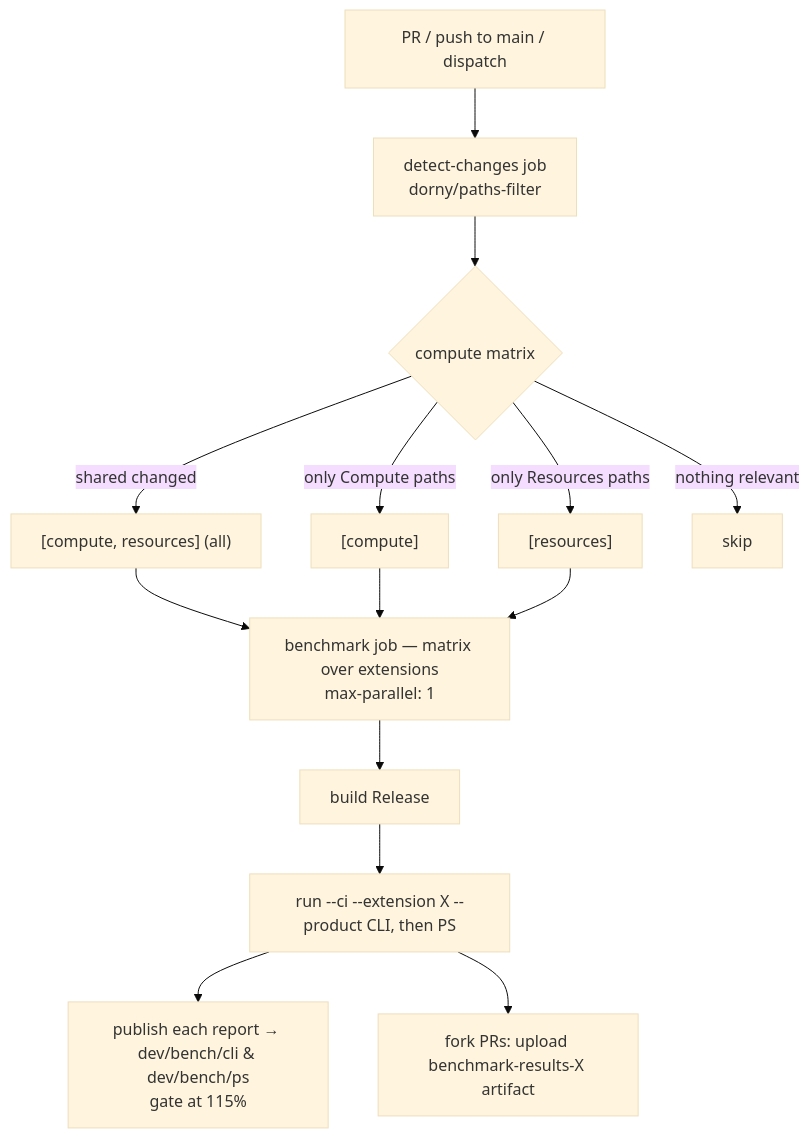
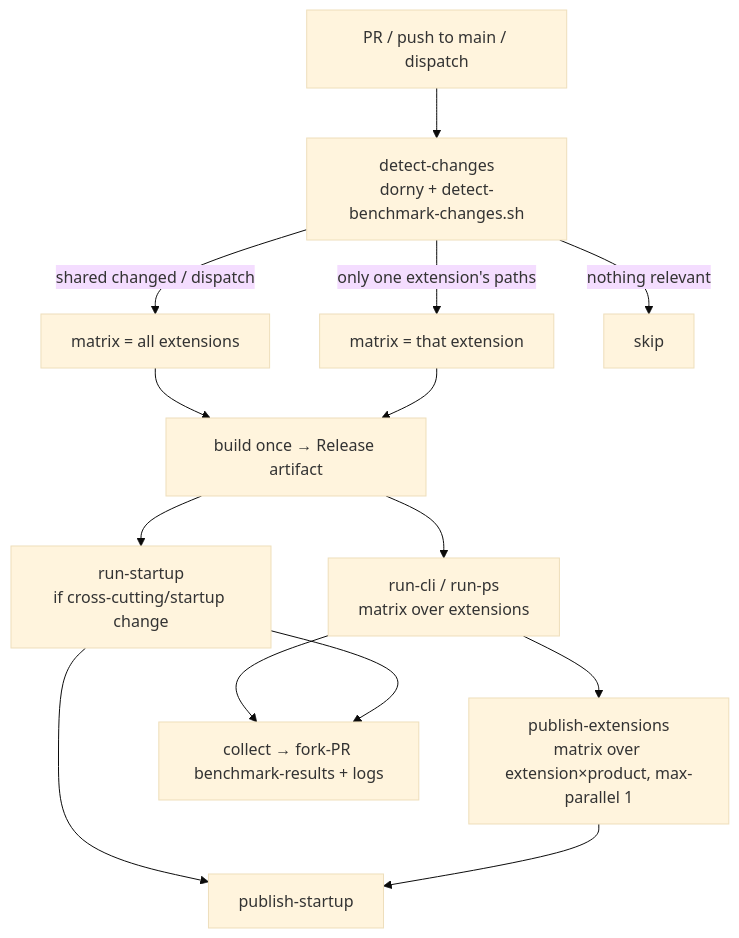
Before and after one commit to Azure/azclips: the diagram in docs/superpowers/specs/2026-07-06-compute-extension-benchmarks-design.md, drawn with Mermaid (base theme). The commit also changed other lines of this file and 5 other files, not shown here.

````diff
--- a/docs/superpowers/specs/2026-07-06-compute-extension-benchmarks-design.md
+++ b/docs/superpowers/specs/2026-07-06-compute-extension-benchmarks-design.md
@@ -368,14 +370,14 @@
 ```mermaid
 flowchart TD
-    A[PR / push to main / dispatch] --> B[detect-changes job<br/>dorny/paths-filter]
-    B --> C{compute matrix}
-    C -->|shared changed| D["[compute, resources] (all)"]
-    C -->|only Compute paths| E["[compute]"]
-    C -->|only Resources paths| F["[resources]"]
-    C -->|nothing relevant| G[skip]
-    D & E & F --> H[benchmark job — matrix over extensions<br/>max-parallel: 1]
-    H --> I[build Release]
-    I --> J[run --ci --extension X --product CLI, then PS]
-    J --> K[publish each report → dev/bench/cli & dev/bench/ps<br/>gate at 115%]
-    J --> L[fork PRs: upload benchmark-results-X artifact]
+    A[PR / push to main / dispatch] --> B[detect-changes<br/>dorny + detect-benchmark-changes.sh]
+    B -->|shared changed / dispatch| D["matrix = all extensions"]
+    B -->|only one extension's paths| E["matrix = that extension"]
+    B -->|nothing relevant| G[skip]
+    D & E --> H[build once → Release artifact]
+    H --> I[run-cli / run-ps<br/>matrix over extensions]
+    H --> S[run-startup<br/>if cross-cutting/startup change]
+    I --> J[publish-extensions<br/>matrix over extension×product, max-parallel 1]
+    S --> P[publish-startup]
+    J --> P
+    I & S --> Z[collect → fork-PR benchmark-results + logs]
 ```
````
